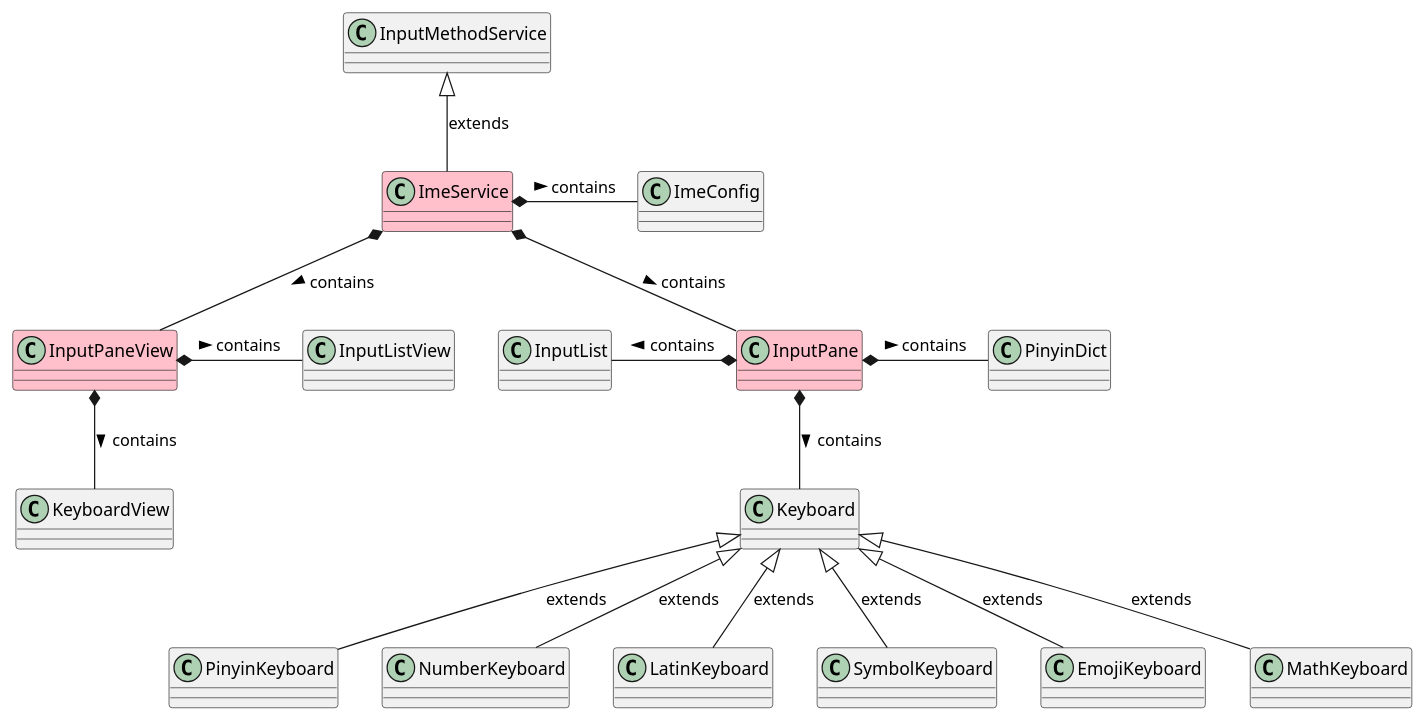
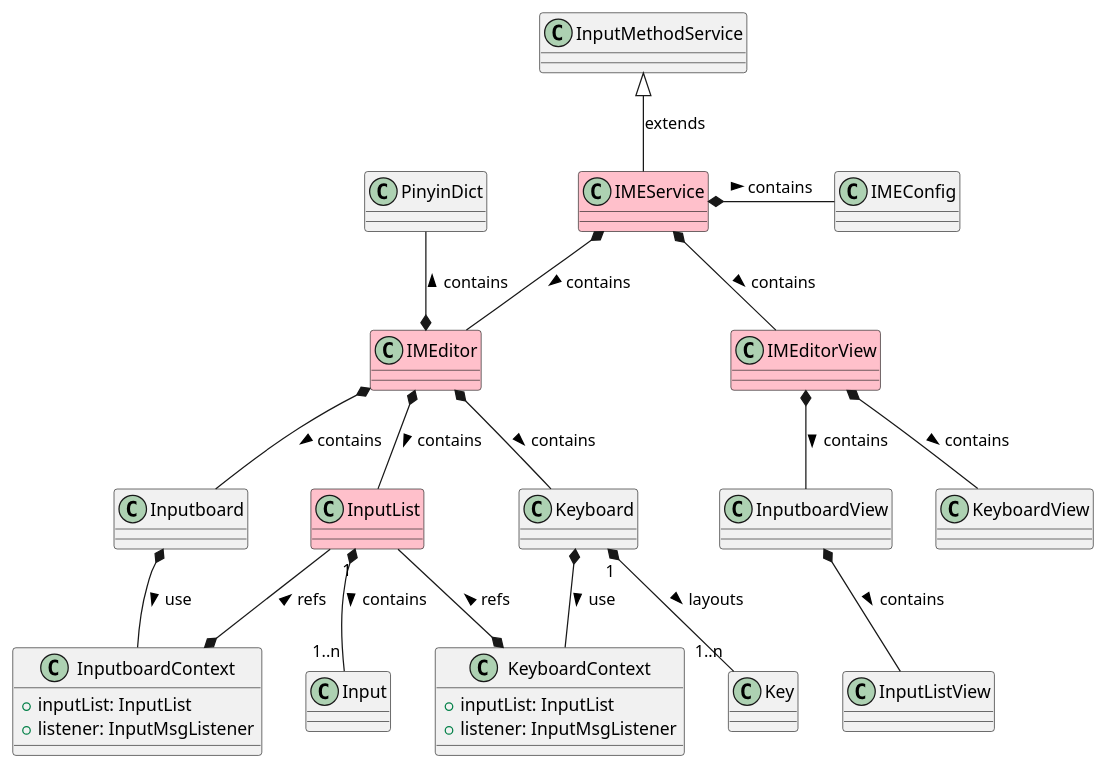
Before and after one commit to crazydan-studio/kuaizi-ime-android: the first of 2 diagrams in README.md, drawn with PlantUML. The commit also changed other lines of this file and 3 other files, not shown here.

````diff
--- a/README.md
+++ b/README.md
@@ -53,43 +53,55 @@
 ```plantuml
 @startuml
 class "InputMethodService" as sys_ime_svc
-class "ImeService" as ime_svc #pink
-class "ImeConfig" as ime_conf
+class "IMEService" as ime_svc #pink
+class "IMEConfig" as ime_conf
 
-class "InputPane" as input_pane #pink
 class "PinyinDict" as dict
-class "InputList" as input_list
+
+class "IMEditor" as ime_editor #pink
 class "Keyboard" as keyboard
-class "PinyinKeyboard" as pinyin_kb
-class "NumberKeyboard" as number_kb
-class "LatinKeyboard" as latin_kb
-class "SymbolKeyboard" as symbol_kb
-class "EmojiKeyboard" as emoji_kb
-class "MathKeyboard" as math_kb
+class "Inputboard" as inputboard
+class "KeyboardContext" as keyboard_ctx {
+  +inputList: InputList
+  +listener: InputMsgListener
+}
+class "InputboardContext" as inputboard_ctx {
+  +inputList: InputList
+  +listener: InputMsgListener
+}
 
-class "InputPaneView" as input_pane_view #pink
+class "InputList" as input_list #pink
+class "Input" as input
+class "Key" as key
+
+class "IMEditorView" as ime_editor_view #pink
 class "KeyboardView" as keyboard_view
+class "InputboardView" as inputboard_view
 class "InputListView" as input_list_view
 
 sys_ime_svc <|-down- ime_svc: extends
 
 ime_svc *-right- ime_conf: contains >
-ime_svc *-down- input_pane: contains >
-ime_svc *-down- input_pane_view: contains >
+ime_svc *-down- ime_editor: contains >
+ime_svc *-down- ime_editor_view: contains >
 
-input_pane_view *-right- input_list_view: contains >
-input_pane_view *-down- keyboard_view: contains >
+ime_editor_view *-down- inputboard_view: contains >
+inputboard_view *-down- input_list_view: contains >
+ime_editor_view *-down- keyboard_view: contains >
 
-input_pane *-left- input_list: contains >
-input_pane *-down- keyboard: contains >
-input_pane *-right- dict: contains >
+ime_editor *-up- dict: contains >
+ime_editor *-down- inputboard: contains >
+ime_editor *-down- keyboard: contains >
+ime_editor *-down- input_list: contains >
 
-keyboard <|-down- pinyin_kb: extends
-keyboard <|-down- number_kb: extends
-keyboard <|-down- latin_kb: extends
-keyboard <|-down- symbol_kb: extends
-keyboard <|-down- emoji_kb: extends
-keyboard <|-down- math_kb: extends
+inputboard *-down- inputboard_ctx: use >
+keyboard *-down- keyboard_ctx: use >
+
+inputboard_ctx *-up- input_list: refs >
+keyboard_ctx *-up- input_list: refs >
+
+input_list "1" *-down- "1..n" input: contains >
+keyboard "1" *-down- "1..n" key: layouts >
 
 @enduml
 ```
````
